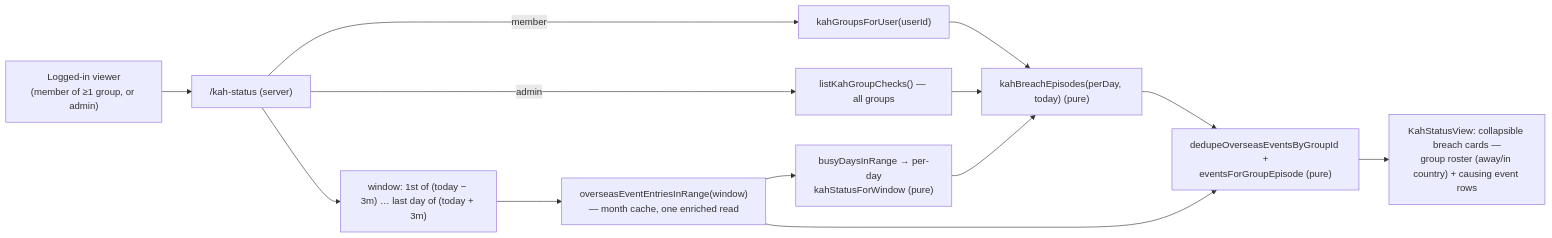
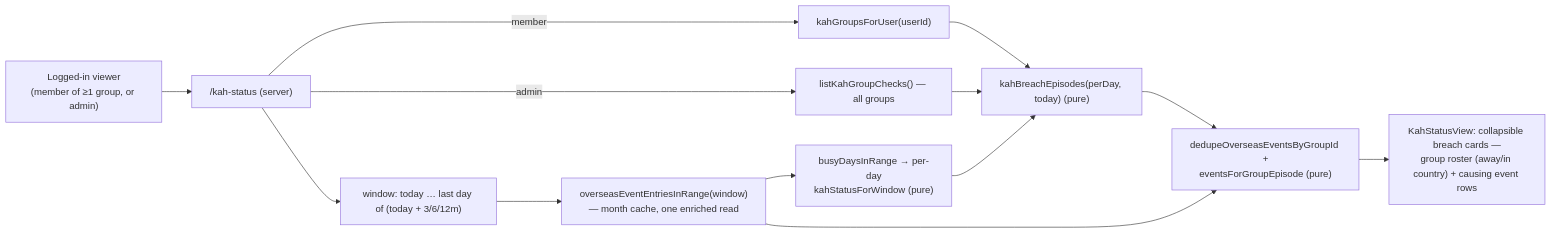
Before and after one commit to oncloudnintynineone-source/cloudy2: the fourth of 4 diagrams in docs/kah.md, drawn with Mermaid. The commit also changed other lines of this file and 13 other files, not shown here.

````diff
--- a/docs/kah.md
+++ b/docs/kah.md
@@ -201,15 +201,15 @@
 ```mermaid
 flowchart LR
  U["Logged-in viewer<br/>(member of ≥1 group, or admin)"] --> P["/kah-status (server)"]
  P -- "member" --> G["kahGroupsForUser(userId)"]
  P -- "admin" --> A["listKahGroupChecks() — all groups"]
- P --> W["window: 1st of (today − 3m) … last day of (today + 3m)"]
+ P --> W["window: today … last day of (today + 3/6/12m)"]
  W --> B["overseasEventEntriesInRange(window)<br/>— month cache, one enriched read"]
  B --> D["busyDaysInRange → per-day<br/>kahStatusForWindow (pure)"]
  G --> E["kahBreachEpisodes(perDay, today) (pure)"]
  A --> E
  D --> E
  B --> C["dedupeOverseasEventsByGroupId +<br/>eventsForGroupEpisode (pure)"]
  E --> C
  C --> V["KahStatusView: collapsible breach cards —<br/>group roster (away/in country) + causing event rows"]
 ```
````
